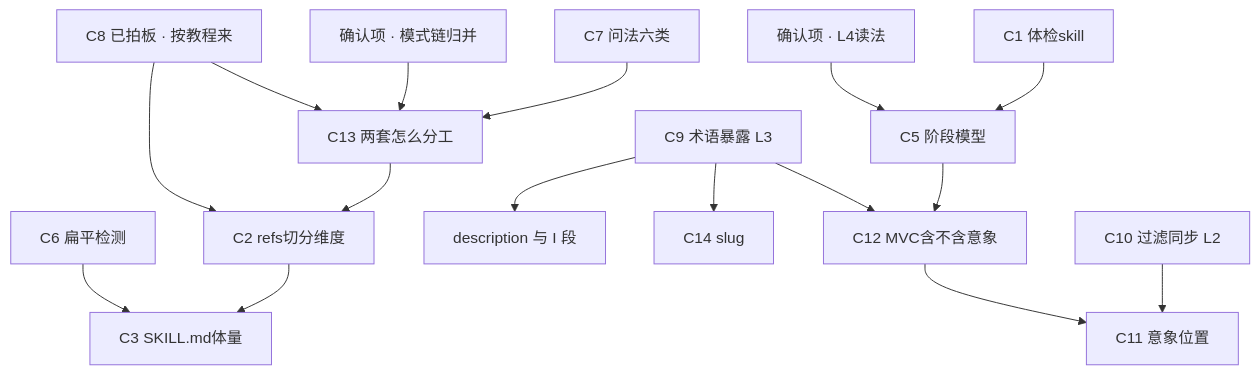
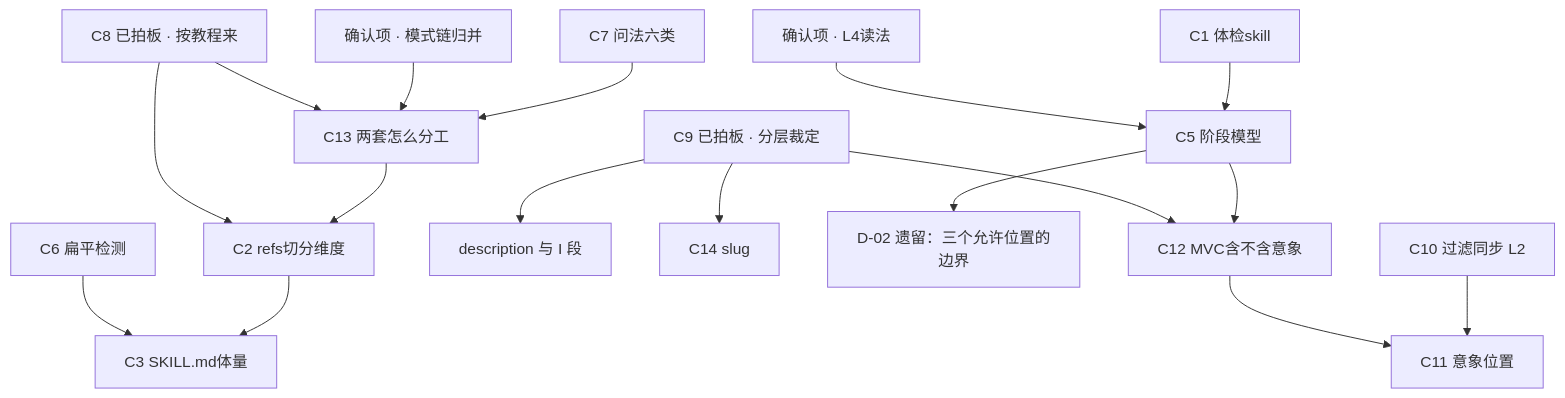
The diagram in 三线碰撞/04_冲突拍板单.md (dwf89044485/sillytavern-ops), drawn with Mermaid before and after one commit. The commit also changed other lines of this file and 10 other files, not shown here.

First line of the commit message:
拍板 D-02: C09 术语暴露 —— 分层裁定（追问零术语 / 告知限位置 / 不另造产物名）

````diff
--- a/三线碰撞/04_冲突拍板单.md
+++ b/三线碰撞/04_冲突拍板单.md
@@ -567,18 +579,19 @@
 ```mermaid
 graph TD
     D01["C8 已拍板 · 按教程来"] --> C2["C2 refs切分维度"]
     D01 --> C13["C13 两套怎么分工"]
     K4["确认项 · L4读法"] --> C5["C5 阶段模型"]
     K13["确认项 · 模式链归并"] --> C13
-    C9["C9 术语暴露 L3"] --> C12["C12 MVC含不含意象"]
-    C9 --> DESC["description 与 I 段"]
-    C9 --> C14["C14 slug"]
+    D02["C9 已拍板 · 分层裁定"] --> C12["C12 MVC含不含意象"]
+    D02 --> DESC["description 与 I 段"]
+    D02 --> C14["C14 slug"]
     C5 --> C12
+    C5 --> D02B["D-02 遗留：三个允许位置的边界"]
     C12 --> C11["C11 意象位置"]
     C7["C7 问法六类"] --> C13
     C13 --> C2
     C6["C6 扁平检测"] --> C3["C3 SKILL.md体量"]
     C2 --> C3
     C10["C10 过滤同步 L2"] --> C11
     C1["C1 体检skill"] --> C5
 ```
````
